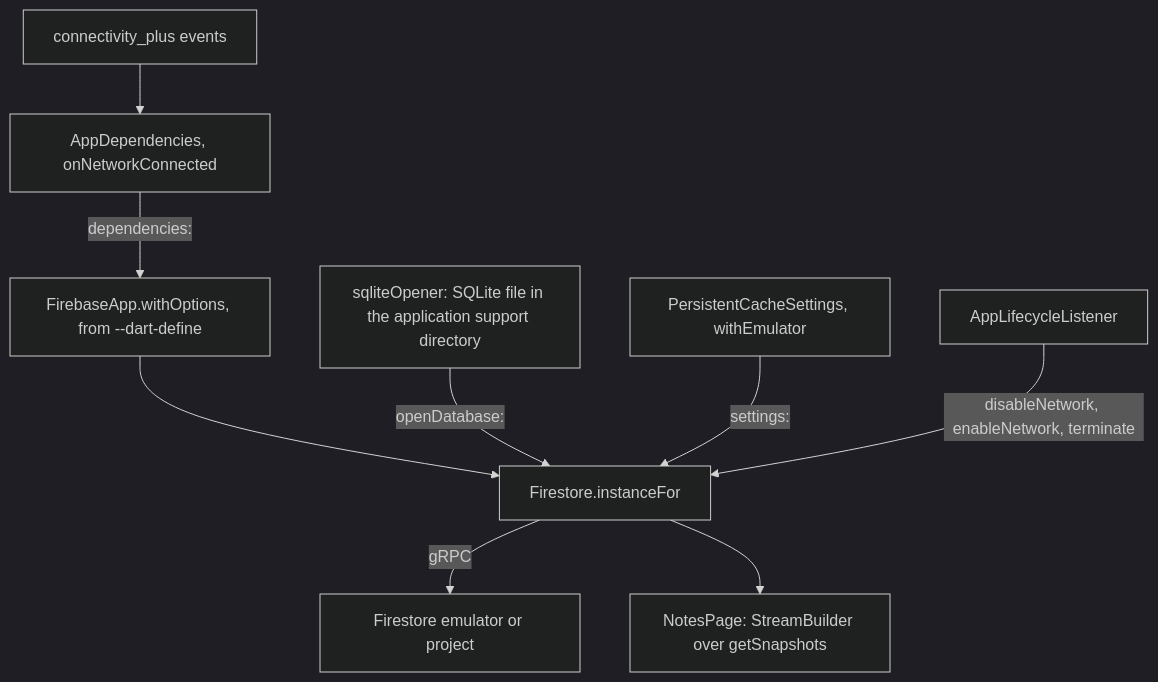
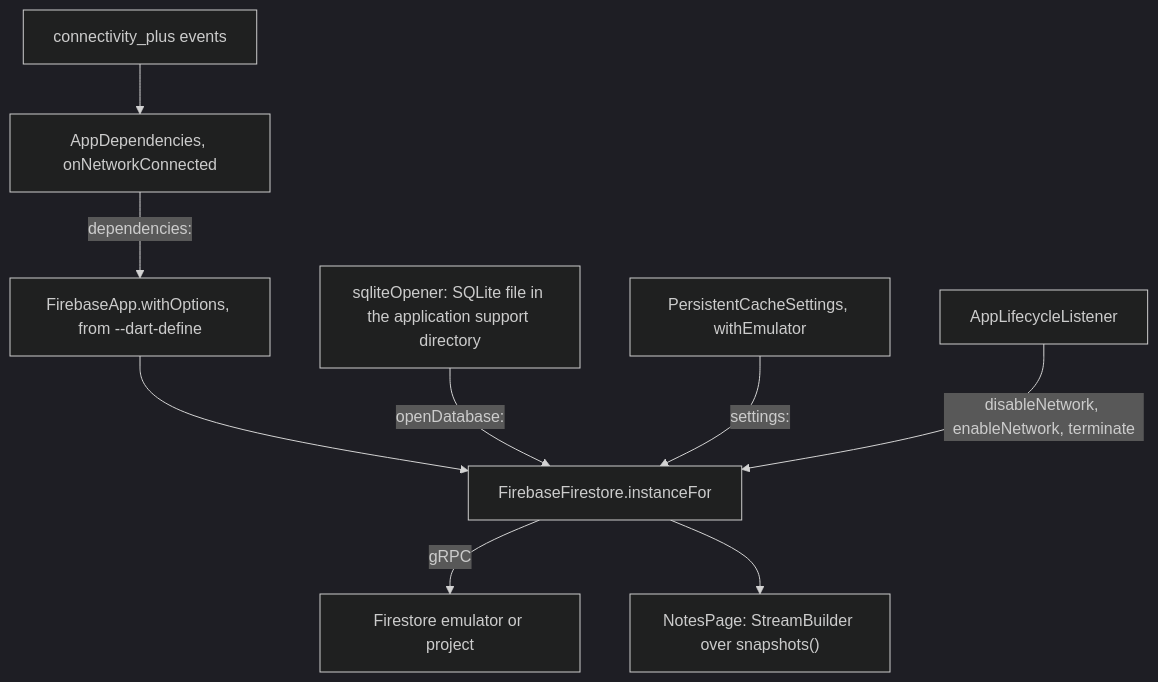
Before and after one commit to long1eu/firebase_dart_sdk: the first of 2 diagrams in docs/guides/flutter.md, drawn with Mermaid (dark theme). The commit also changed other lines of this file and 27 other files, not shown here.

First line of the commit message:
Bring main's new diagrams, pictures and the FlutterFire bridge to the 0.2 names

````diff
--- a/docs/guides/flutter.md
+++ b/docs/guides/flutter.md
@@ -61,11 +61,11 @@
 ```mermaid
 flowchart TD
   connectivity["connectivity_plus events"] --> deps["AppDependencies, onNetworkConnected"]
   deps -- "dependencies:" --> app["FirebaseApp.withOptions, from --dart-define"]
-  app --> firestore["Firestore.instanceFor"]
+  app --> firestore["FirebaseFirestore.instanceFor"]
   sqlite["sqliteOpener: SQLite file in the application support directory"] -- "openDatabase:" --> firestore
   settings["PersistentCacheSettings, withEmulator"] -- "settings:" --> firestore
   firestore -- "gRPC" --> backend["Firestore emulator or project"]
-  firestore --> notesPage["NotesPage: StreamBuilder over getSnapshots"]
+  firestore --> notesPage["NotesPage: StreamBuilder over snapshots()"]
   lifecycle["AppLifecycleListener"] -- "disableNetwork, enableNetwork, terminate" --> firestore
 ```
````
